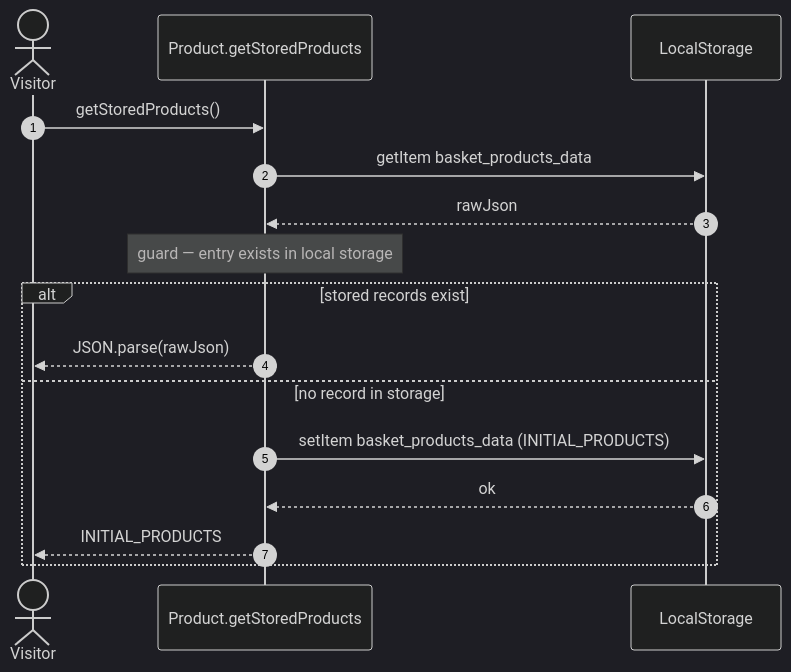
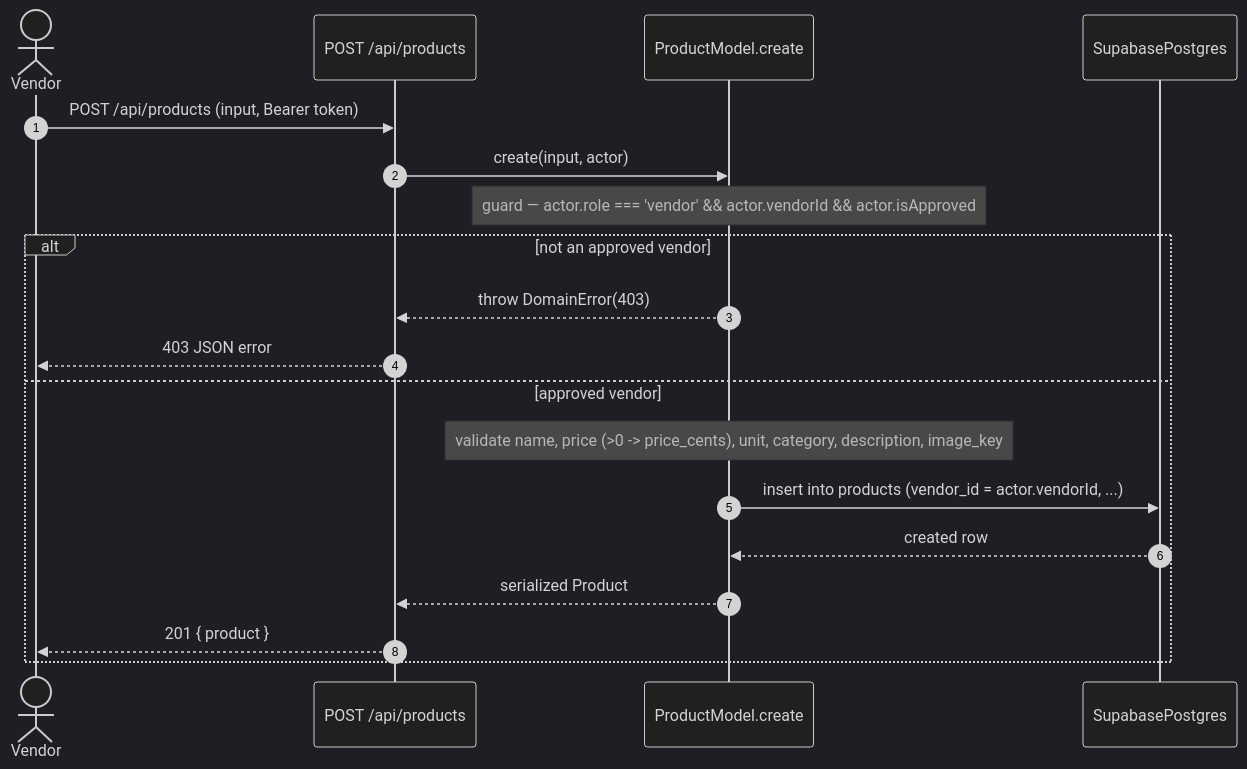
The third of 13 diagrams in docs/SPECIFICATION.MD (nroc6/CP317B-Project-Group1), drawn with Mermaid (dark theme) before and after one commit. The commit also changed other lines of this file and 28 other files, not shown here.

````diff
--- a/docs/SPECIFICATION.MD
+++ b/docs/SPECIFICATION.MD
@@ -195,19 +171,22 @@
 ```mermaid
 sequenceDiagram
     autonumber
-    actor V as Visitor
-    participant Product.getStoredProducts
-    participant DB as LocalStorage
+    actor V as Vendor
+    participant API as POST /api/products
+    participant M as ProductModel.create
+    participant DB as SupabasePostgres
 
-    V->>Product.getStoredProducts: getStoredProducts()
-    Product.getStoredProducts->>DB: getItem basket_products_data
-    DB-->>Product.getStoredProducts: rawJson
-    Note over Product.getStoredProducts: guard — entry exists in local storage
-    alt stored records exist
-        Product.getStoredProducts-->>V: JSON.parse(rawJson)
-    else no record in storage
-        Product.getStoredProducts->>DB: setItem basket_products_data (INITIAL_PRODUCTS)
-        DB-->>Product.getStoredProducts: ok
-        Product.getStoredProducts-->>V: INITIAL_PRODUCTS
+    V->>API: POST /api/products (input, Bearer token)
+    API->>M: create(input, actor)
+    Note over M: guard — actor.role === 'vendor' && actor.vendorId && actor.isApproved
+    alt not an approved vendor
+        M-->>API: throw DomainError(403)
+        API-->>V: 403 JSON error
+    else approved vendor
+        Note over M: validate name, price (>0 -> price_cents), unit, category, description, image_key
+        M->>DB: insert into products (vendor_id = actor.vendorId, ...)
+        DB-->>M: created row
+        M-->>API: serialized Product
+        API-->>V: 201 { product }
     end
 ```
````
